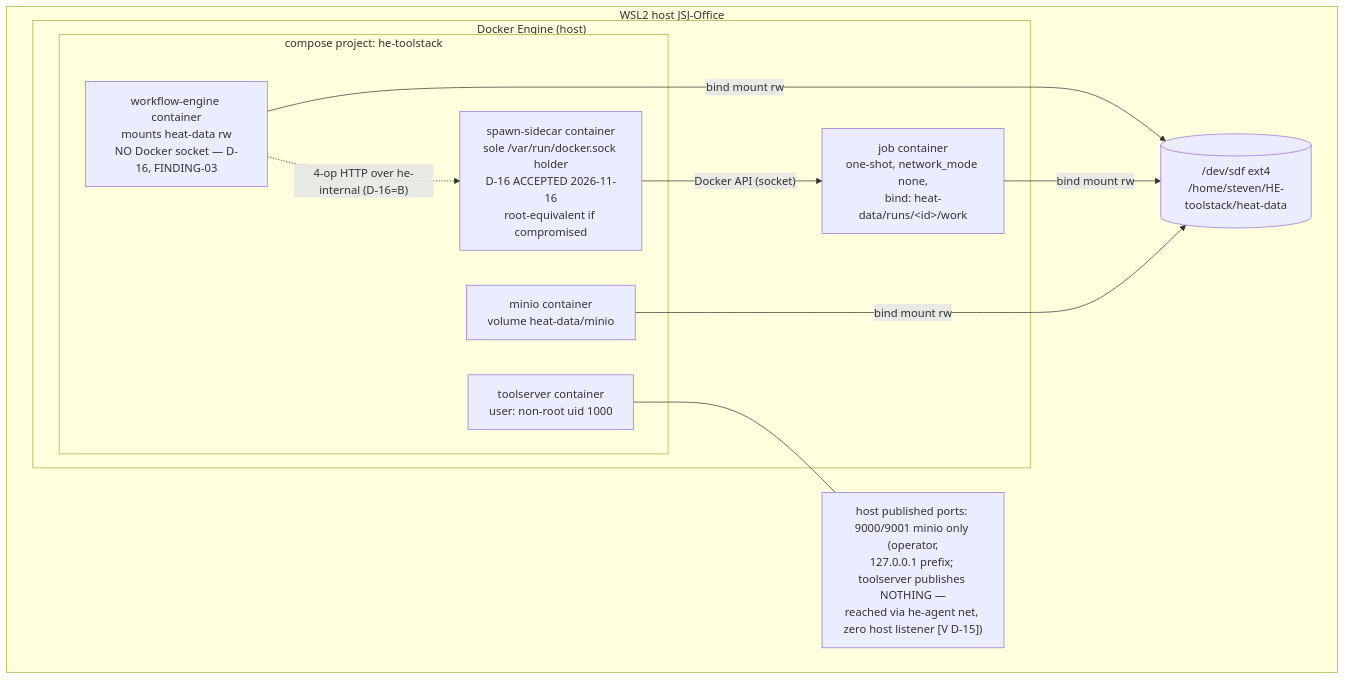
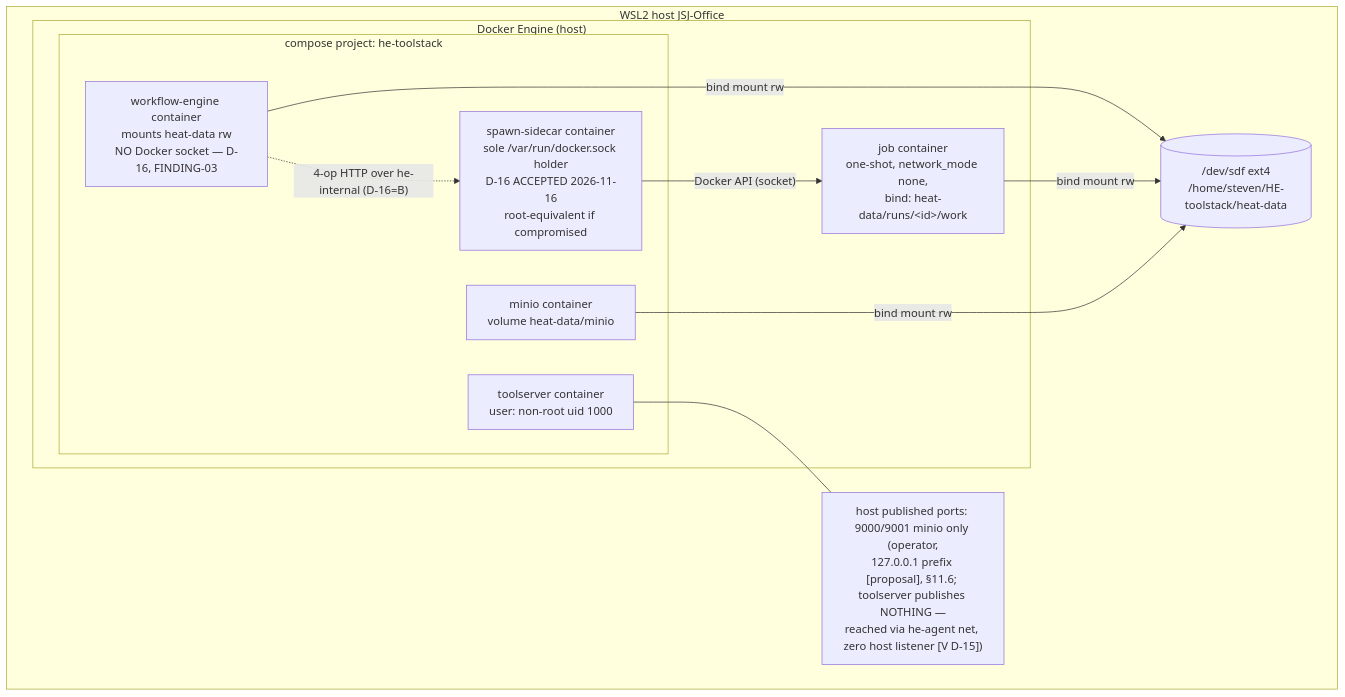
The third of 9 diagrams in docs/HE-TOOLSTACK-TECHNICAL-DESIGN.md (jstevenjacobs/HE-toolstack), drawn with Mermaid before and after one commit. The commit also changed other lines of this file and 2 other files, not shown here.

Commit message:
dp(R5-fu): ChatGPT follow-up archived (9cf088f3); M3/M5 residual fixes as prescribed — D3 LB loopback [proposal]+11.6 tag, D9 step-6 two-part assertion; gates 27/0

````diff
--- a/docs/HE-TOOLSTACK-TECHNICAL-DESIGN.md
+++ b/docs/HE-TOOLSTACK-TECHNICAL-DESIGN.md
@@ -319,20 +319,20 @@
 ```mermaid
 graph TB
     subgraph WSL["WSL2 host JSJ-Office"]
         subgraph DE["Docker Engine (host)"]
             subgraph CP["compose project: he-toolstack"]
                 TSc["toolserver container<br/>user: non-root uid 1000"]
                 WEc["workflow-engine container<br/>mounts heat-data rw<br/>NO Docker socket — D-16, FINDING-03"]
                 SCc["spawn-sidecar container<br/>sole /var/run/docker.sock holder<br/>D-16 ACCEPTED 2026-11-16<br/>root-equivalent if compromised"]
                 MOc["minio container<br/>volume heat-data/minio"]
             end
             J1[job container<br/>one-shot, network_mode none,<br/>bind: heat-data/runs/&lt;id&gt;/work]
         end
         HDD[("/dev/sdf ext4<br/>/home/steven/HE-toolstack/heat-data")]
-        LB["host published ports: 9000/9001 minio only (operator,<br/>127.0.0.1 prefix; toolserver publishes NOTHING —<br/>reached via he-agent net, zero host listener [V D-15])"]
+        LB["host published ports: 9000/9001 minio only (operator,<br/>127.0.0.1 prefix [proposal], §11.6; toolserver publishes NOTHING —<br/>reached via he-agent net, zero host listener [V D-15])"]
     end
     TSc --- LB; WEc -- bind mount rw --> HDD
     J1 -- bind mount rw --> HDD; MOc -- bind mount rw --> HDD
     WEc -. "4-op HTTP over he-internal (D-16=B)" .-> SCc
     SCc -- "Docker API (socket)" --> J1
 ```
````
